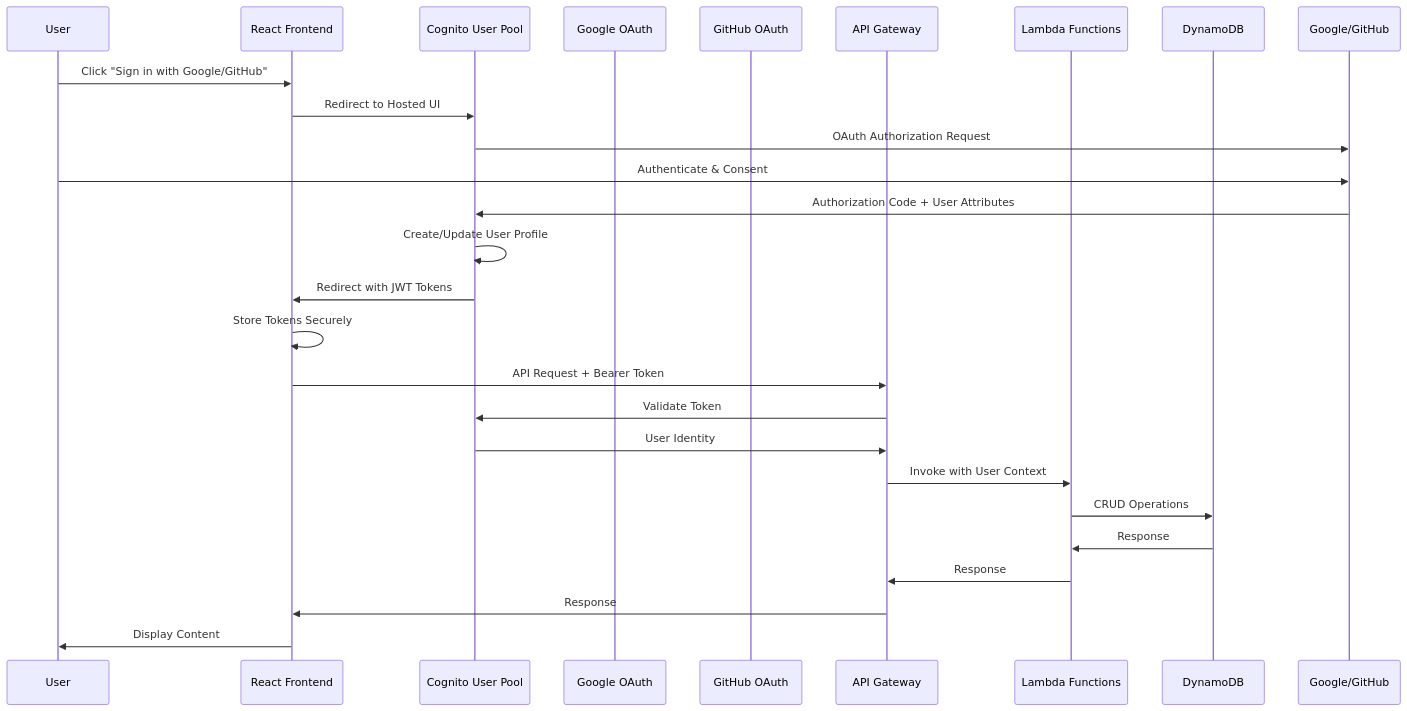
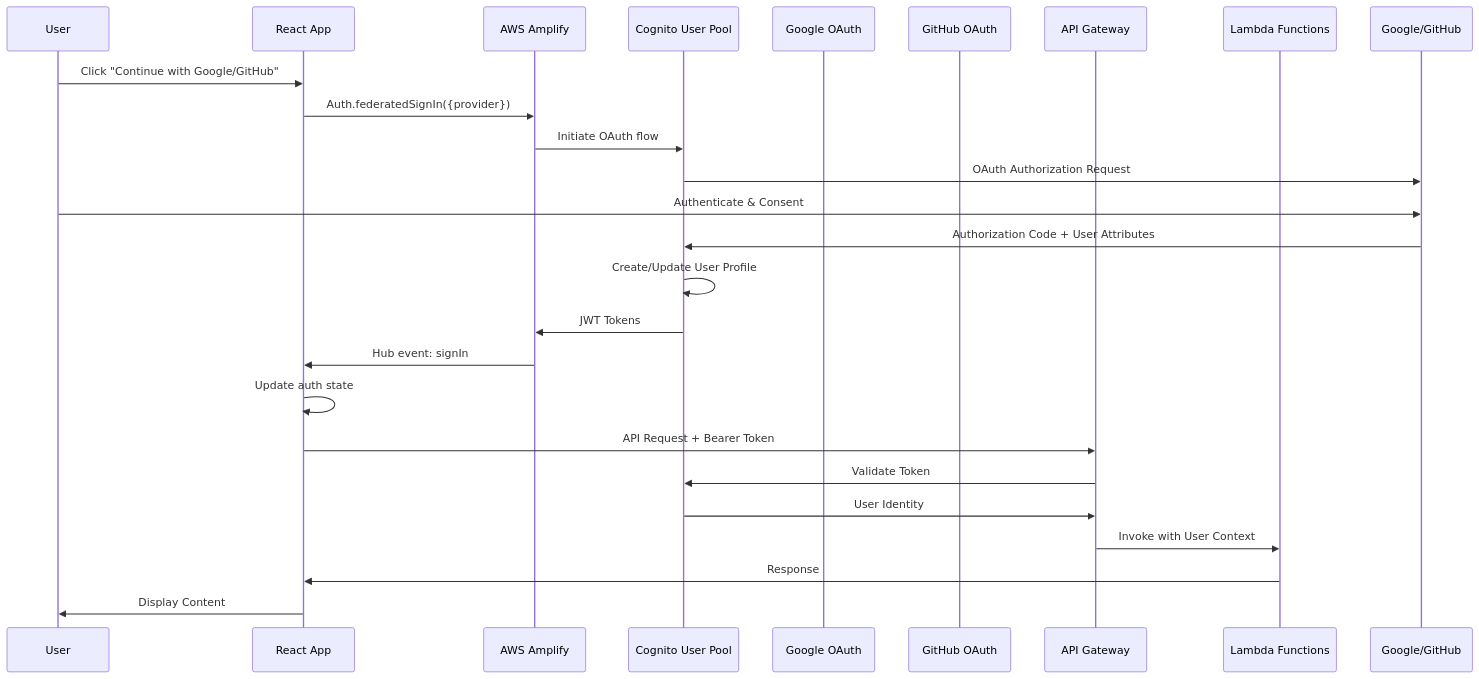
The first of 4 diagrams in .kiro/specs/social-authentication/design.md (chrismgonzalez/madewithkiro), drawn with Mermaid before and after one commit. The commit also changed other lines of this file and 6 other files, not shown here.

````diff
--- a/.kiro/specs/social-authentication/design.md
+++ b/.kiro/specs/social-authentication/design.md
@@ -19,29 +20,28 @@
 ```mermaid
 sequenceDiagram
     participant User
-    participant Frontend as React Frontend
+    participant React as React App
+    participant Amplify as AWS Amplify
     participant Cognito as Cognito User Pool
     participant Google as Google OAuth
     participant GitHub as GitHub OAuth
     participant API as API Gateway
     participant Lambda as Lambda Functions
-    participant DDB as DynamoDB
 
-    User->>Frontend: Click "Sign in with Google/GitHub"
-    Frontend->>Cognito: Redirect to Hosted UI
+    User->>React: Click "Continue with Google/GitHub"
+    React->>Amplify: Auth.federatedSignIn({provider})
+    Amplify->>Cognito: Initiate OAuth flow
     Cognito->>Google/GitHub: OAuth Authorization Request
     User->>Google/GitHub: Authenticate & Consent
     Google/GitHub->>Cognito: Authorization Code + User Attributes
     Cognito->>Cognito: Create/Update User Profile
-    Cognito->>Frontend: Redirect with JWT Tokens
-    Frontend->>Frontend: Store Tokens Securely
-    Frontend->>API: API Request + Bearer Token
+    Cognito->>Amplify: JWT Tokens
+    Amplify->>React: Hub event: signIn
+    React->>React: Update auth state
+    React->>API: API Request + Bearer Token
     API->>Cognito: Validate Token
     Cognito->>API: User Identity
     API->>Lambda: Invoke with User Context
-    Lambda->>DDB: CRUD Operations
-    DDB->>Lambda: Response
-    Lambda->>API: Response
-    API->>Frontend: Response
-    Frontend->>User: Display Content
+    Lambda->>React: Response
+    React->>User: Display Content
 ```
````
